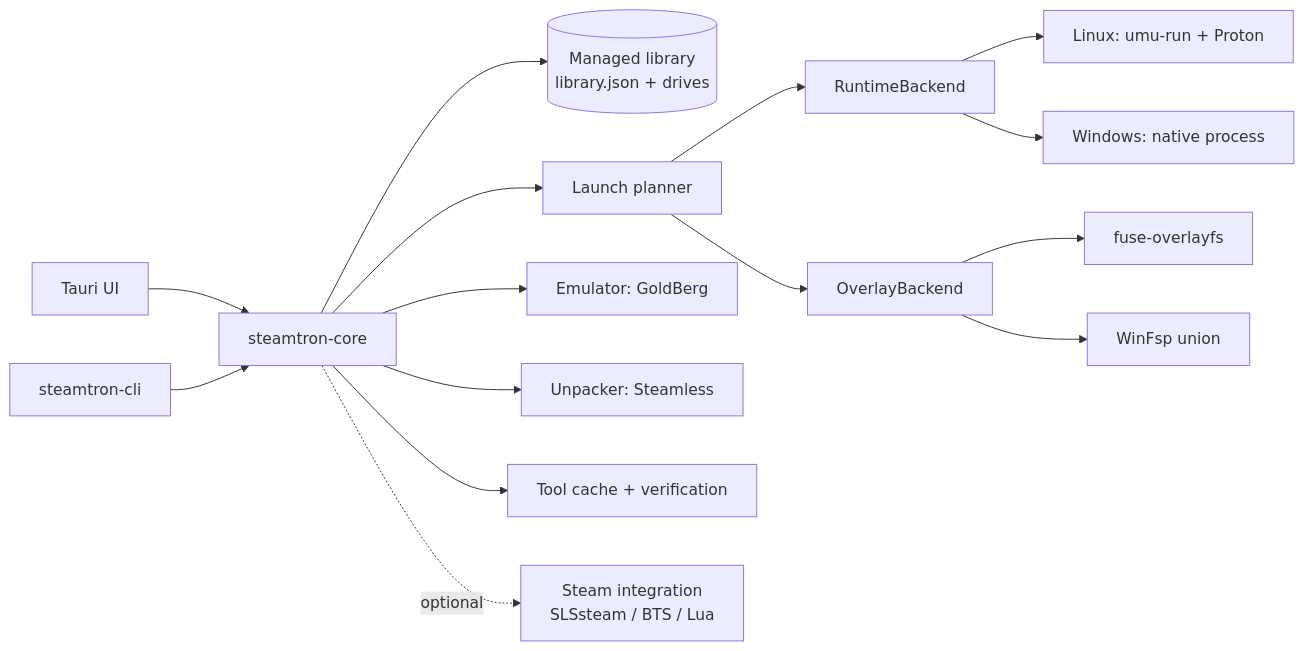
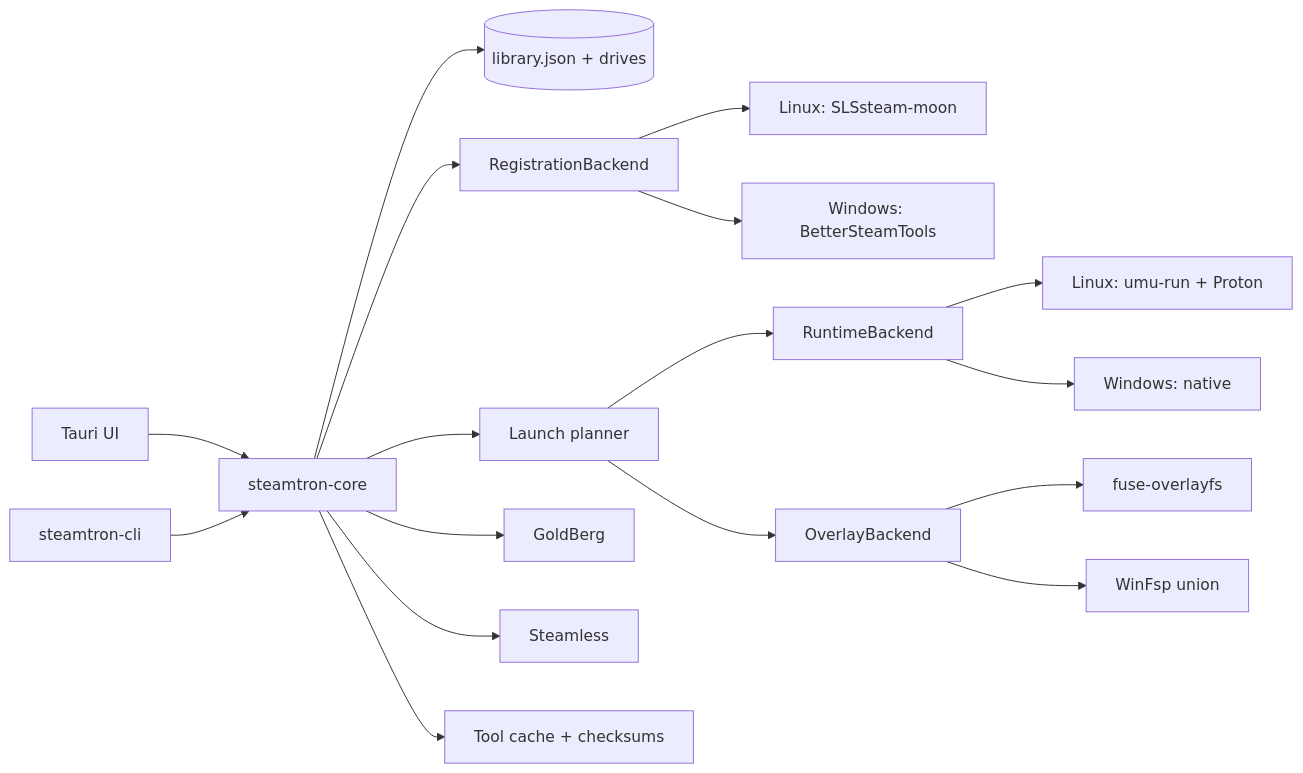
The first of 2 diagrams in docs/UMUTRON-TO-STEAMTRON-MIGRATION-PRD.md (krunaldodiya/steamtron-desktop), drawn with Mermaid before and after one commit. The commit also changed other lines of this file and 1 other file, not shown here.

Commit message:
Revise the migration plan for dual library registration

````diff
--- a/docs/UMUTRON-TO-STEAMTRON-MIGRATION-PRD.md
+++ b/docs/UMUTRON-TO-STEAMTRON-MIGRATION-PRD.md
@@ -82,17 +117,19 @@
 ```mermaid
 flowchart LR
   UI[Tauri UI] --> Core[steamtron-core]
   CLI[steamtron-cli] --> Core
-  Core --> Store[(Managed library\nlibrary.json + drives)]
-  Core --> Planner[Launch planner]
-  Planner --> RT[RuntimeBackend]
+  Core --> Store[(library.json + drives)]
+  Core --> Reg[RegistrationBackend]
+  Reg --> SLS[Linux: SLSsteam-moon]
+  Reg --> BTS[Windows: BetterSteamTools]
+  Core --> Plan[Launch planner]
+  Plan --> RT[RuntimeBackend]
   RT --> Lin[Linux: umu-run + Proton]
-  RT --> Win[Windows: native process]
-  Planner --> Ovl[OverlayBackend]
+  RT --> Win[Windows: native]
+  Plan --> Ovl[OverlayBackend]
   Ovl --> Fuse[fuse-overlayfs]
-  Ovl --> Winfsp[WinFsp union]
-  Core --> Emu[Emulator: GoldBerg]
-  Core --> Unp[Unpacker: Steamless]
-  Core --> Tools[Tool cache + verification]
-  Core -. optional .-> Steam[Steam integration\nSLSsteam / BTS / Lua]
+  Ovl --> Fsp[WinFsp union]
+  Core --> Emu[GoldBerg]
+  Core --> Unp[Steamless]
+  Core --> Tools[Tool cache + checksums]
 ```
````
